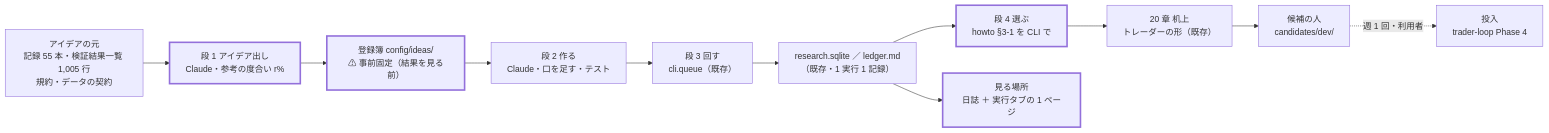
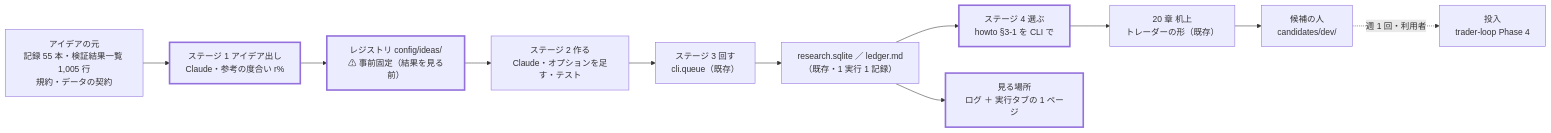
One commit to akiraak/ai-income-lab changed the first of 2 diagrams in docs/plans/daily-dev-loop.md. Above: the diagram before and after it, drawn with Mermaid. The commit also changed other lines of this file and 45 other files, not shown here.

````diff
--- a/docs/plans/daily-dev-loop.md
+++ b/docs/plans/daily-dev-loop.md
@@ -28,17 +28,17 @@
 ```mermaid
 flowchart LR
-  S["アイデアの元<br/>記録 55 本・検証結果一覧 1,005 行<br/>規約・データの契約"] --> I["段 1 アイデア出し<br/>Claude・参考の度合い r%"]
-  I --> R["登録簿 config/ideas/<br/>⚠ 事前固定（結果を見る前）"]
-  R --> B["段 2 作る<br/>Claude・口を足す・テスト"]
-  B --> Q["段 3 回す<br/>cli.queue（既存）"]
+  S["アイデアの元<br/>記録 55 本・検証結果一覧 1,005 行<br/>規約・データの契約"] --> I["ステージ 1 アイデア出し<br/>Claude・参考の度合い r%"]
+  I --> R["レジストリ config/ideas/<br/>⚠ 事前固定（結果を見る前）"]
+  R --> B["ステージ 2 作る<br/>Claude・オプションを足す・テスト"]
+  B --> Q["ステージ 3 回す<br/>cli.queue（既存）"]
   Q --> DB["research.sqlite ／ ledger.md<br/>（既存・1 実行 1 記録）"]
-  DB --> P["段 4 選ぶ<br/>howto §3-1 を CLI で"]
+  DB --> P["ステージ 4 選ぶ<br/>howto §3-1 を CLI で"]
   P --> T["20 章 机上<br/>トレーダーの形（既存）"]
   T --> C["候補の人<br/>candidates/dev/"]
   C -. "週 1 回・利用者" .-> L["投入<br/>trader-loop Phase 4"]
-  DB --> V["見る場所<br/>日誌 ＋ 実行タブの 1 ページ"]
+  DB --> V["見る場所<br/>ログ ＋ 実行タブの 1 ページ"]
   style R stroke-width:3px
   style I stroke-width:3px
   style P stroke-width:3px
   style V stroke-width:3px
 ```
````
